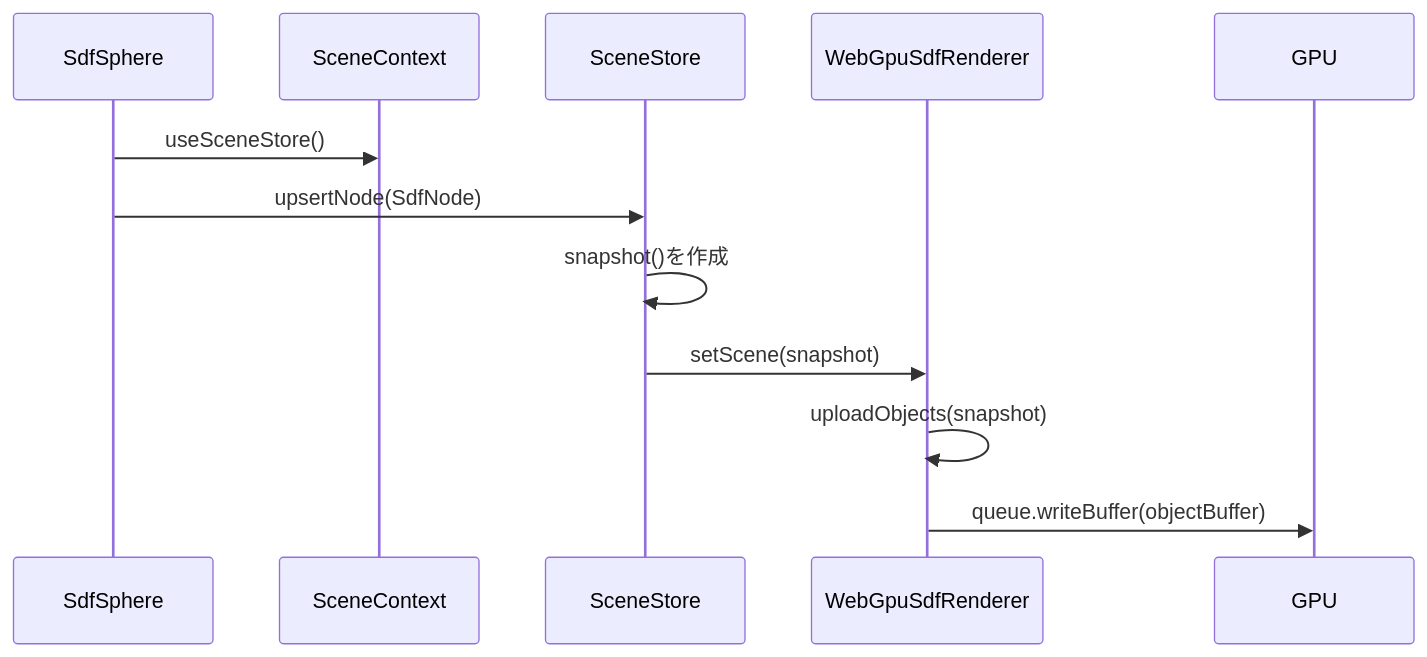
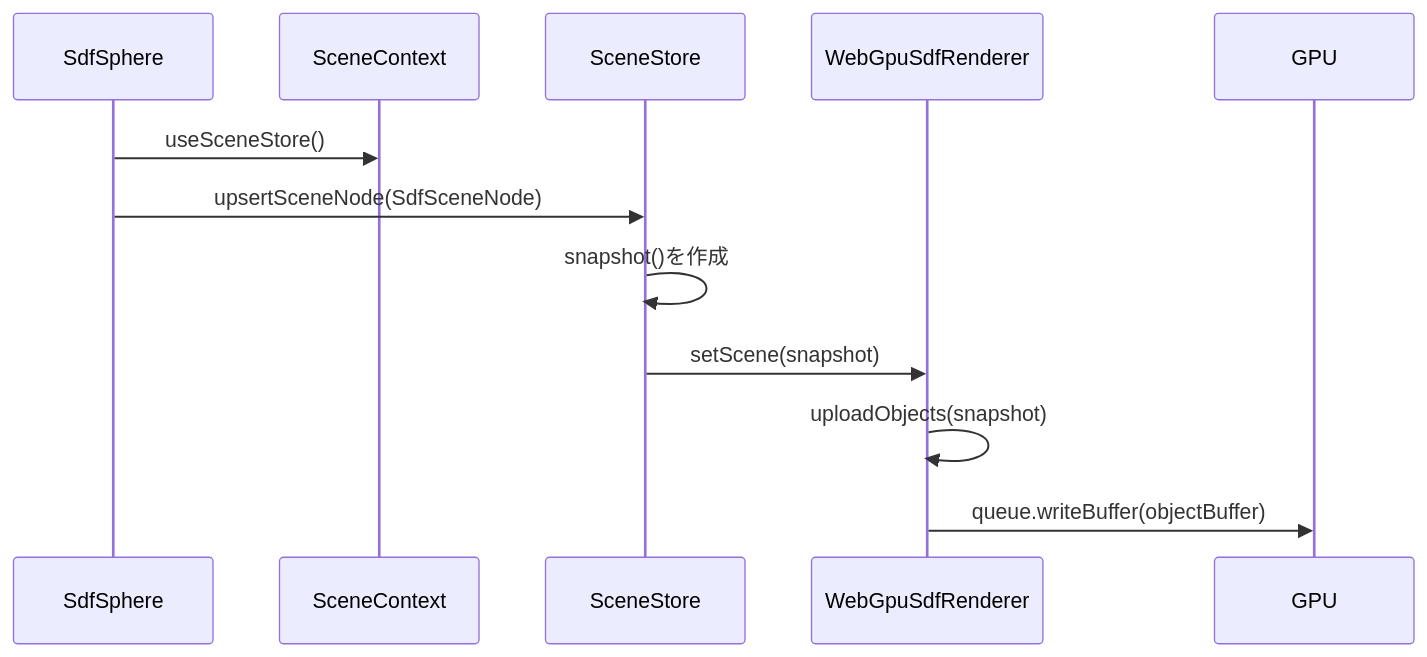
Before and after one commit to wakufactory/NexusGPU: the second of 4 diagrams in docs/architecture.md, drawn with Mermaid. The commit also changed other lines of this file and 5 other files, not shown here.

````diff
--- a/docs/architecture.md
+++ b/docs/architecture.md
@@ -491,15 +581,15 @@
 ```mermaid
 sequenceDiagram
   participant Sphere as SdfSphere
   participant Context as SceneContext
   participant Store as SceneStore
   participant Renderer as WebGpuSdfRenderer
   participant GPU
 
   Sphere->>Context: useSceneStore()
-  Sphere->>Store: upsertNode(SdfNode)
+  Sphere->>Store: upsertSceneNode(SdfSceneNode)
   Store->>Store: snapshot()を作成
   Store->>Renderer: setScene(snapshot)
   Renderer->>Renderer: uploadObjects(snapshot)
   Renderer->>GPU: queue.writeBuffer(objectBuffer)
 ```
````
